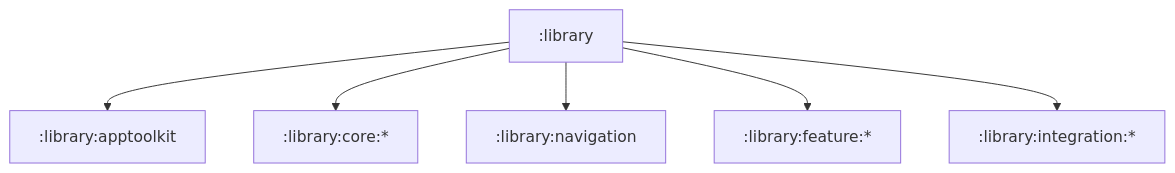
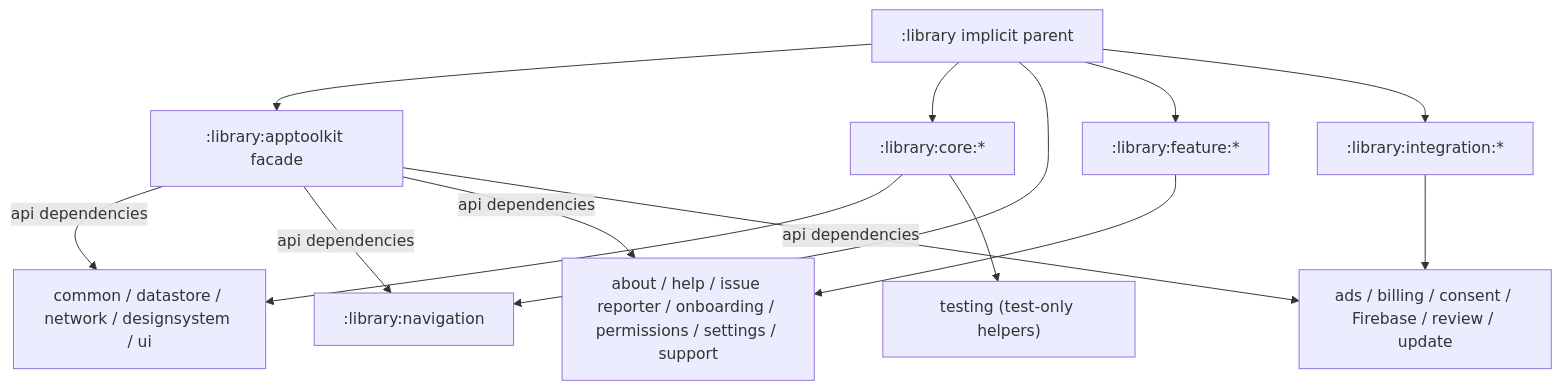
One commit to MihaiCristianCondrea/App-Toolkit-for-Android changed the diagram in library/README.md. Above: the diagram before and after it, drawn with Mermaid. The commit also changed other lines of this file and 57 other files, not shown here.

````diff
--- a/library/README.md
+++ b/library/README.md
@@ -29,8 +29,16 @@
 ```mermaid
 flowchart TD
-    Library[":library"] --> Facade[":library:apptoolkit"]
+    Library[":library implicit parent"] --> Facade[":library:apptoolkit facade"]
     Library --> Core[":library:core:*"]
     Library --> Navigation[":library:navigation"]
     Library --> Features[":library:feature:*"]
     Library --> Integrations[":library:integration:*"]
+    Core --> Foundations["common / datastore / network / designsystem / ui"]
+    Core --> Testing["testing (test-only helpers)"]
+    Features --> ReusableScreens["about / help / issue reporter / onboarding / permissions / settings / support"]
+    Integrations --> SDKs["ads / billing / consent / Firebase / review / update"]
+    Facade -->|api dependencies| Foundations
+    Facade -->|api dependencies| Navigation
+    Facade -->|api dependencies| ReusableScreens
+    Facade -->|api dependencies| SDKs
 ```
````
